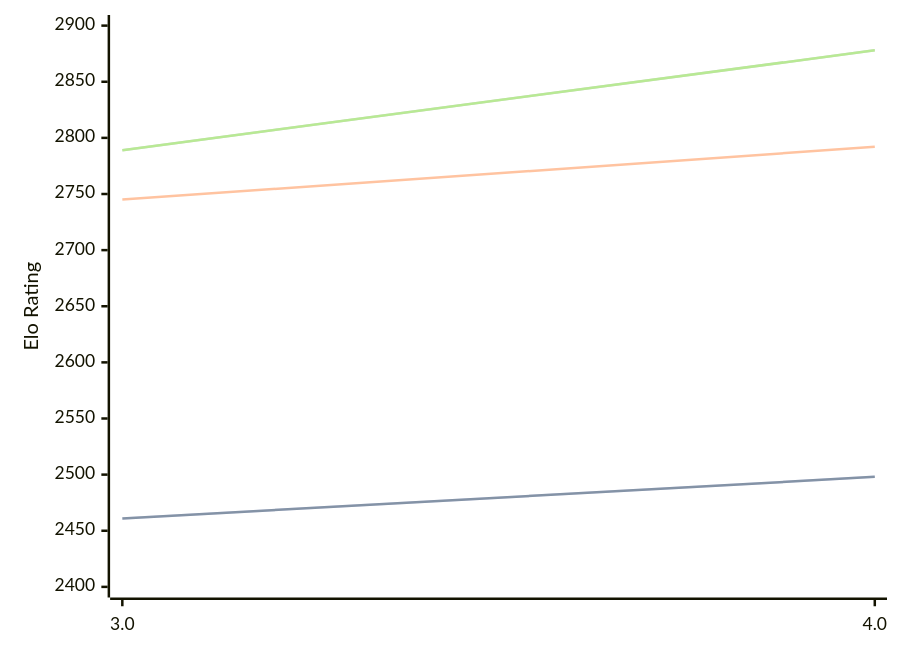
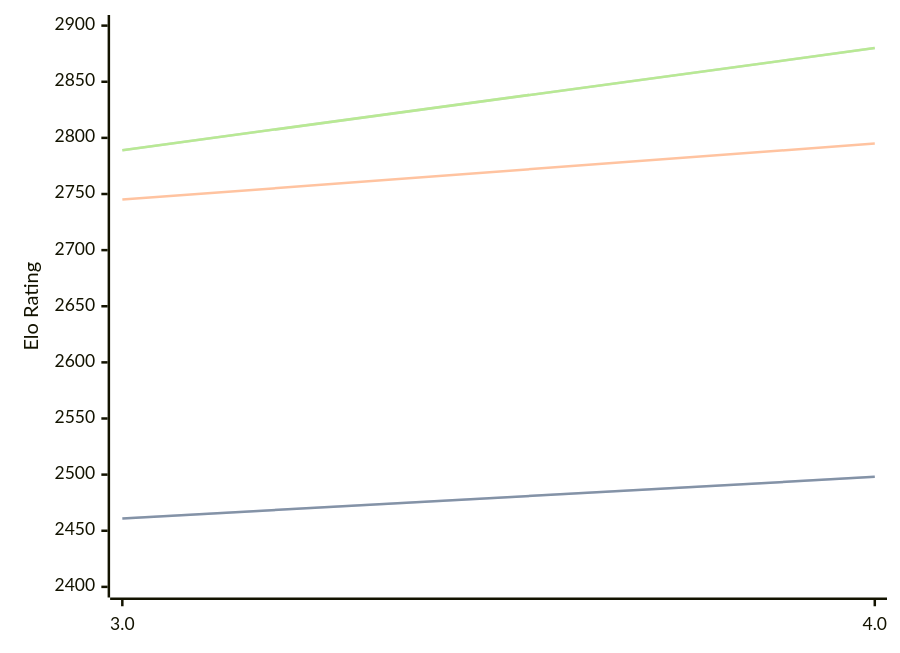
The third of 3 diagrams in engines/Chess3.md (computer-chess-index/cci), drawn with Mermaid before and after one commit. The commit also changed other lines of this file, not shown here.

Commit message:
Update CCI Ratings (ELO VLTC) - 2026-06-24

````diff
--- a/engines/Chess3.md
+++ b/engines/Chess3.md
@@ -67,11 +67,11 @@
 ```mermaid
 %%{init: {"theme":"base","themeVariables":{"seriesColors:['#a3a3a3','#222221','#faa371']}}}%%
 xychart-beta
   x-axis ["3.0", "4.0"]
   y-axis "Elo Rating" 2400 --> 2900
   line "STC (8.0+0.08s)" [2461, 2498]
   line "STC (8.0+0.08s)" [2461, 2498]
-  line "LTC (60.0+0.60s)" [2745, 2792]
-  line "VLTC (2m24s+1.12s)" [2789, 2878]
-  line "VLTC (2m24s+1.12s)" [2789, 2878]
+  line "LTC (60.0+0.60s)" [2745, 2795]
+  line "VLTC (2m24s+1.12s)" [2789, 2880]
+  line "VLTC (2m24s+1.12s)" [2789, 2880]
 ```
````
